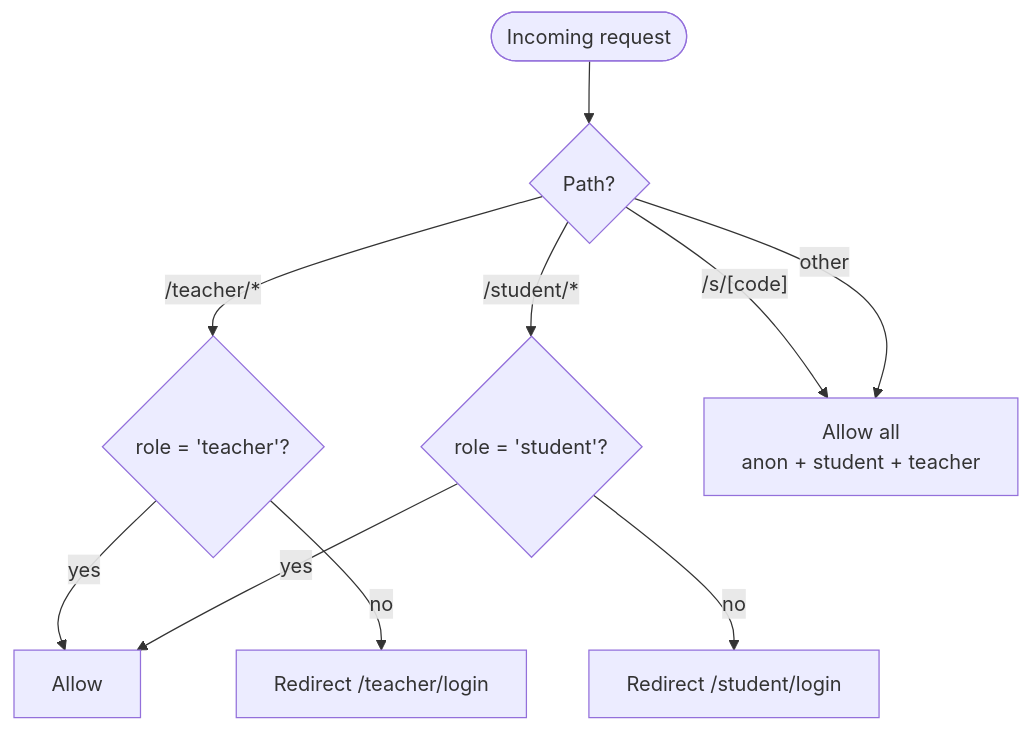
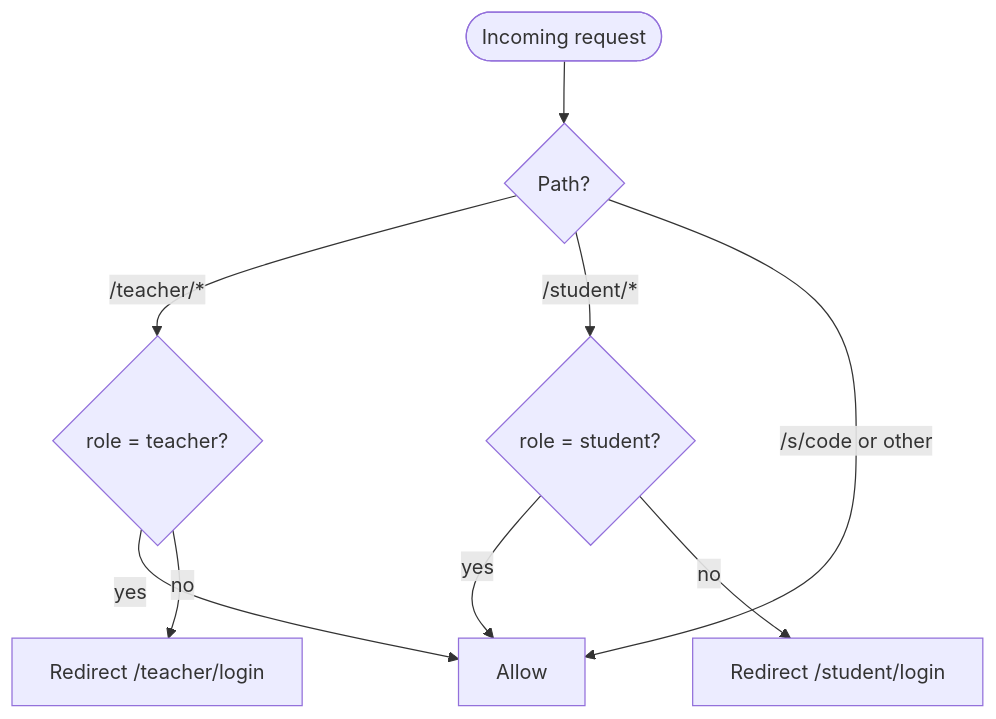
The ninth of 9 diagrams in docs/specs.md (linhhd1kt/fce-quizz), drawn with Mermaid before and after one commit. The commit also changed other lines of this file, not shown here.

Commit message:
fix: correct Mermaid syntax in specs.md (slash shapes, curly braces, newlines in labels)

````diff
--- a/docs/specs.md
+++ b/docs/specs.md
@@ -649,15 +647,14 @@
 ```mermaid
 flowchart TD
     REQ([Incoming request]) --> A{Path?}
 
-    A -- "/teacher/*" --> B{role = 'teacher'?}
-    B -- yes --> C[Allow]
-    B -- no --> D[Redirect /teacher/login]
+    A -- "/teacher/*" --> B{role = teacher?}
+    B -- yes --> C["Allow"]
+    B -- no --> D["Redirect /teacher/login"]
 
-    A -- "/student/*" --> E{role = 'student'?}
+    A -- "/student/*" --> E{role = student?}
     E -- yes --> C
-    E -- no --> F[Redirect /student/login]
+    E -- no --> F["Redirect /student/login"]
 
-    A -- "/s/[code]" --> G[Allow all\nanon + student + teacher]
-    A -- "other" --> G
+    A -- "/s/code or other" --> C
 ```
````
